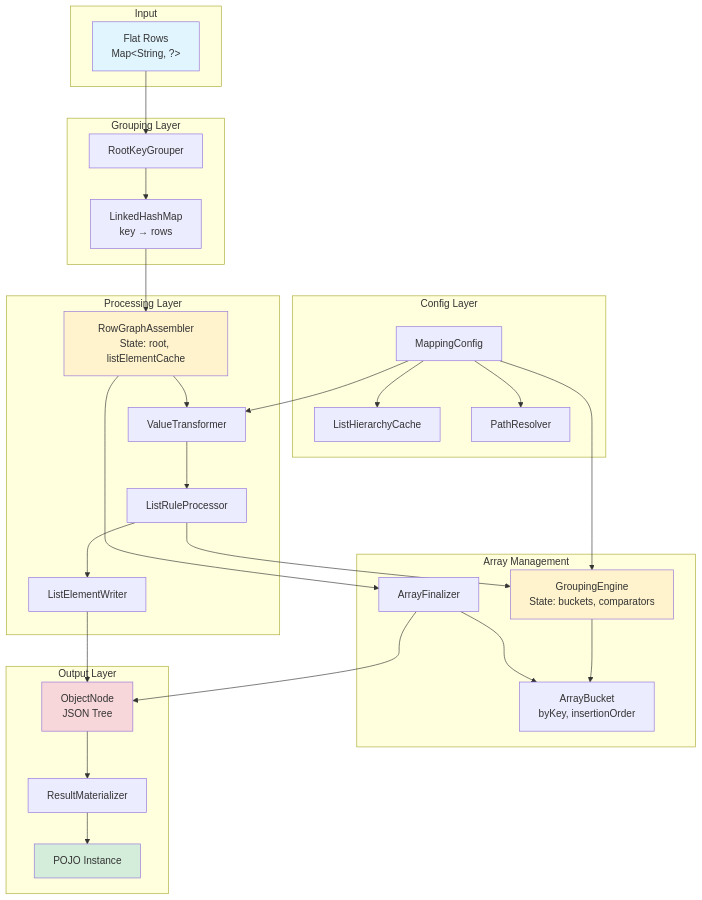
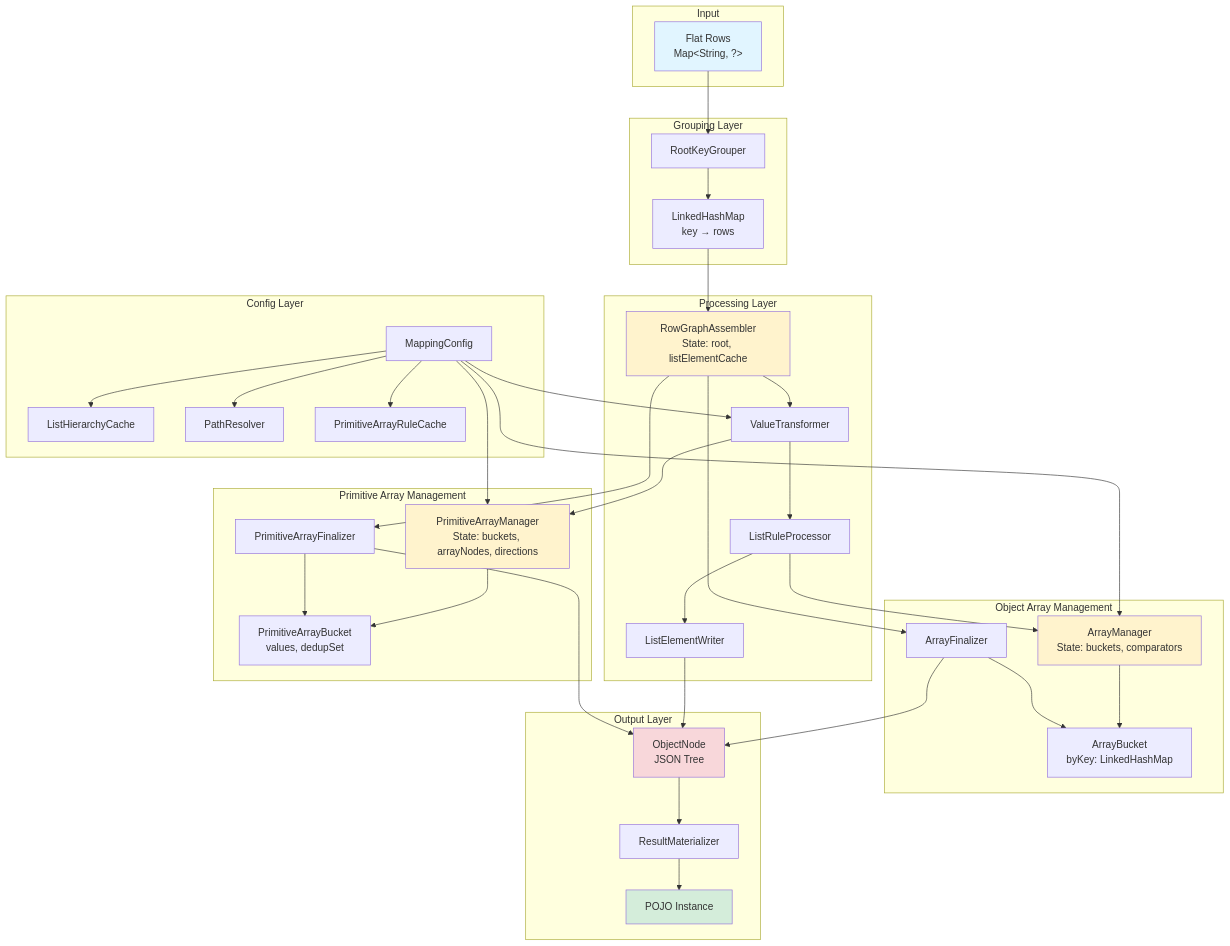
One commit to pojotools/flat2pojo changed the second of 2 diagrams in docs/PSEUDOCODE.md. Above: the diagram before and after it, drawn with Mermaid. The commit also changed other lines of this file and 53 other files, not shown here.

````diff
--- a/docs/PSEUDOCODE.md
+++ b/docs/PSEUDOCODE.md
@@ -574,59 +675,76 @@
         B[MappingConfig]
         C[ListHierarchyCache]
         D[PathResolver]
+        E[PrimitiveArrayRuleCache]
     end
 
     subgraph "Grouping Layer"
-        E[RootKeyGrouper]
-        F[LinkedHashMap<br/>key → rows]
+        F[RootKeyGrouper]
+        G[LinkedHashMap<br/>key → rows]
     end
 
     subgraph "Processing Layer"
-        G[RowGraphAssembler<br/>State: root, listElementCache]
-        H[ValueTransformer]
-        I[ListRuleProcessor]
-        J[ListElementWriter]
+        H[RowGraphAssembler<br/>State: root, listElementCache]
+        I[ValueTransformer]
+        J[ListRuleProcessor]
+        K[ListElementWriter]
     end
 
-    subgraph "Array Management"
-        K[GroupingEngine<br/>State: buckets, comparators]
-        L[ArrayBucket<br/>byKey, insertionOrder]
-        M[ArrayFinalizer]
+    subgraph "Object Array Management"
+        L[ArrayManager<br/>State: buckets, comparators]
+        M[ArrayBucket<br/>byKey: LinkedHashMap]
+        N[ArrayFinalizer]
+    end
+
+    subgraph "Primitive Array Management"
+        O[PrimitiveArrayManager<br/>State: buckets, arrayNodes, directions]
+        P[PrimitiveArrayBucket<br/>values, dedupSet]
+        Q[PrimitiveArrayFinalizer]
     end
 
     subgraph "Output Layer"
-        N[ObjectNode<br/>JSON Tree]
-        O[ResultMaterializer]
-        P[POJO Instance]
+        R[ObjectNode<br/>JSON Tree]
+        S[ResultMaterializer]
+        T[POJO Instance]
     end
 
-    A --> E
+    A --> F
     B --> C
     B --> D
-    B --> H
-    B --> K
+    B --> E
+    B --> I
+    B --> L
+    B --> O
 
-    E --> F
     F --> G
+    G --> H
 
-    G --> H
     H --> I
-    I --> K
-    K --> L
+    I --> J
+    J --> L
+    L --> M
 
-    I --> J
-    J --> N
-
-    G --> M
-    M --> L
-    M --> N
-
-    N --> O
+    I --> O
     O --> P
 
+    J --> K
+    K --> R
+
+    H --> N
+    N --> M
+    N --> R
+
+    H --> Q
+    Q --> P
+    Q --> R
+
+    R --> S
+    S --> T
+
     style A fill:#e1f5ff
-    style P fill:#d4edda
-    style G fill:#fff3cd
-    style K fill:#fff3cd
-    style N fill:#f8d7da
+    style T fill:#d4edda
+    style H fill:#fff3cd
+    style L fill:#fff3cd
+    style O fill:#fff3cd
+    style R fill:#f8d7da
 ```
````
